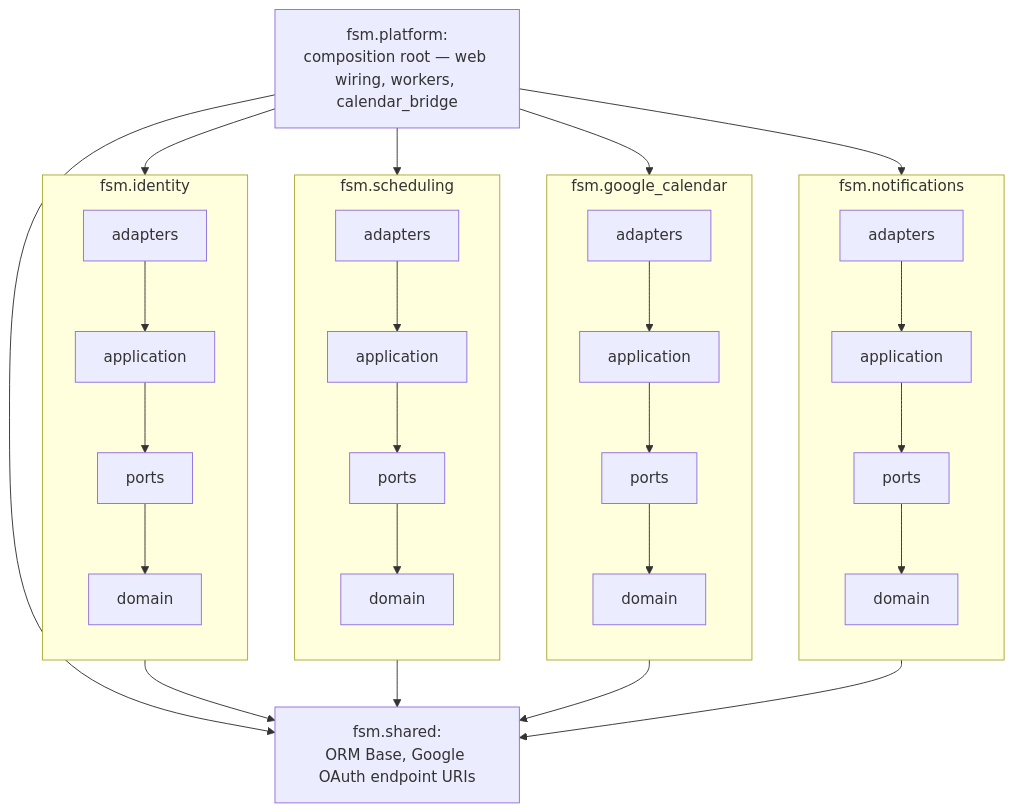
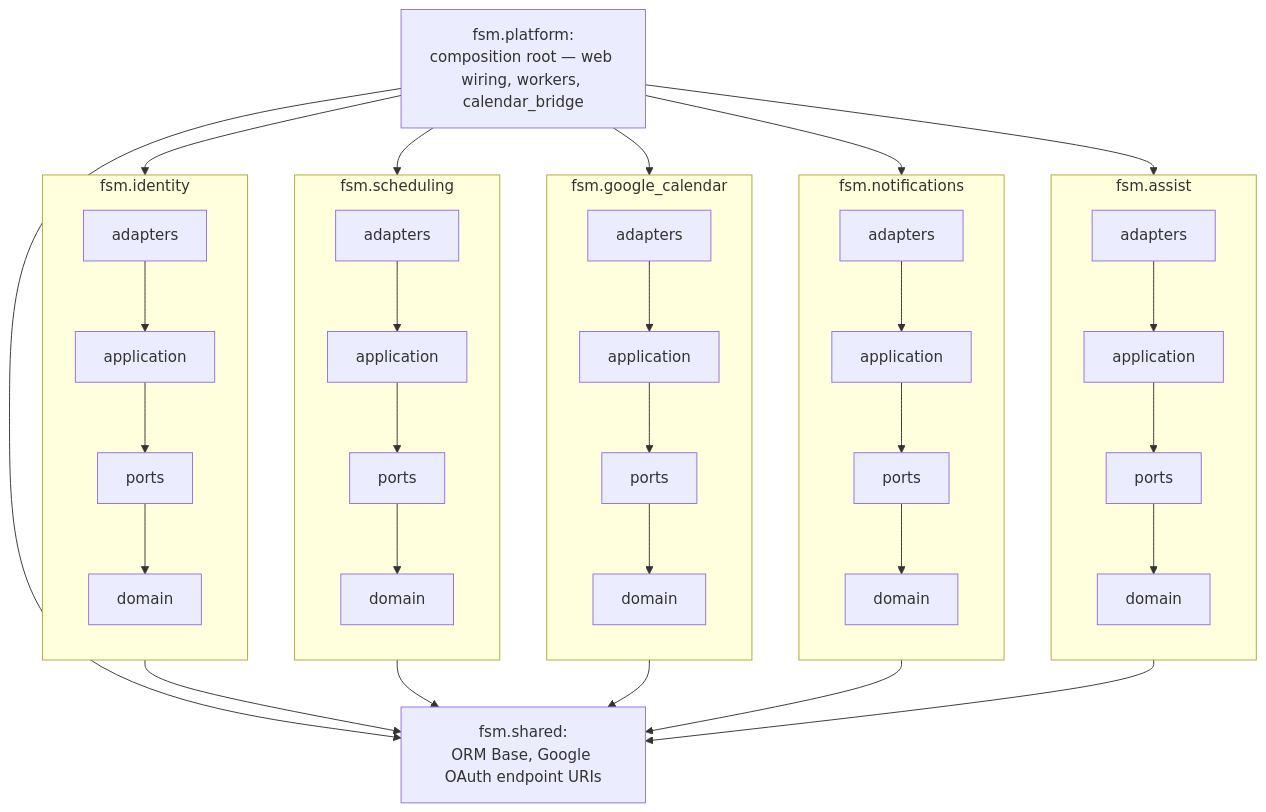
Before and after one commit to erancha/field-service-management: the diagram in README.md, drawn with Mermaid. The commit also changed other lines of this file and 80 other files, not shown here.

````diff
--- a/README.md
+++ b/README.md
@@ -153,37 +154,44 @@
 ```mermaid
 flowchart TD
     platform["fsm.platform:<br/>composition root — web wiring, workers, calendar_bridge"]
+
+    subgraph assist["fsm.assist"]
+        direction TB
+        a_adapters[adapters] --> a_application[application] --> a_ports[ports] --> a_domain[domain]
+    end
 
     subgraph notifications["fsm.notifications"]
         direction TB
         n_adapters[adapters] --> n_application[application] --> n_ports[ports] --> n_domain[domain]
     end
 
     subgraph google_calendar["fsm.google_calendar"]
         direction TB
         c_adapters[adapters] --> c_application[application] --> c_ports[ports] --> c_domain[domain]
     end
 
     subgraph scheduling["fsm.scheduling"]
         direction TB
         s_adapters[adapters] --> s_application[application] --> s_ports[ports] --> s_domain[domain]
     end
 
     subgraph identity["fsm.identity"]
         direction TB
         i_adapters[adapters] --> i_application[application] --> i_ports[ports] --> i_domain[domain]
     end
 
     shared["fsm.shared:<br/>ORM Base, Google OAuth endpoint URIs"]
 
+    platform --> assist
     platform --> notifications
     platform --> google_calendar
     platform --> scheduling
     platform --> identity
     platform --> shared
 
+    a_adapters --> shared
     n_adapters --> shared
     c_adapters --> shared
     s_adapters --> shared
     i_adapters --> shared
 ```
````
